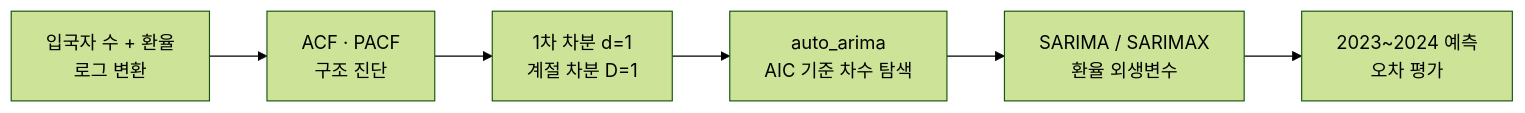
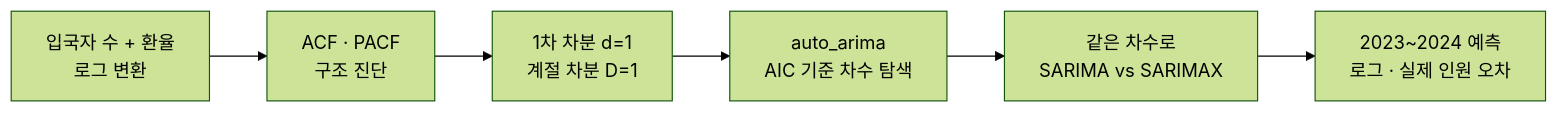
One commit to song0202-g/inbound-tourism-forecast changed the diagram in README.md. Above: the diagram before and after it, drawn with Mermaid (forest theme). The commit also changed other lines of this file and 10 other files, not shown here.

````diff
--- a/README.md
+++ b/README.md
@@ -32,8 +41,8 @@
 ```mermaid
 flowchart LR
     A[입국자 수 + 환율<br/>로그 변환] --> B[ACF · PACF<br/>구조 진단]
     B --> C[1차 차분 d=1<br/>계절 차분 D=1]
     C --> D[auto_arima<br/>AIC 기준 차수 탐색]
-    D --> E[SARIMA / SARIMAX<br/>환율 외생변수]
-    E --> F[2023~2024 예측<br/>오차 평가]
+    D --> E[같은 차수로<br/>SARIMA vs SARIMAX]
+    E --> F[2023~2024 예측<br/>로그 · 실제 인원 오차]
 ```
````
